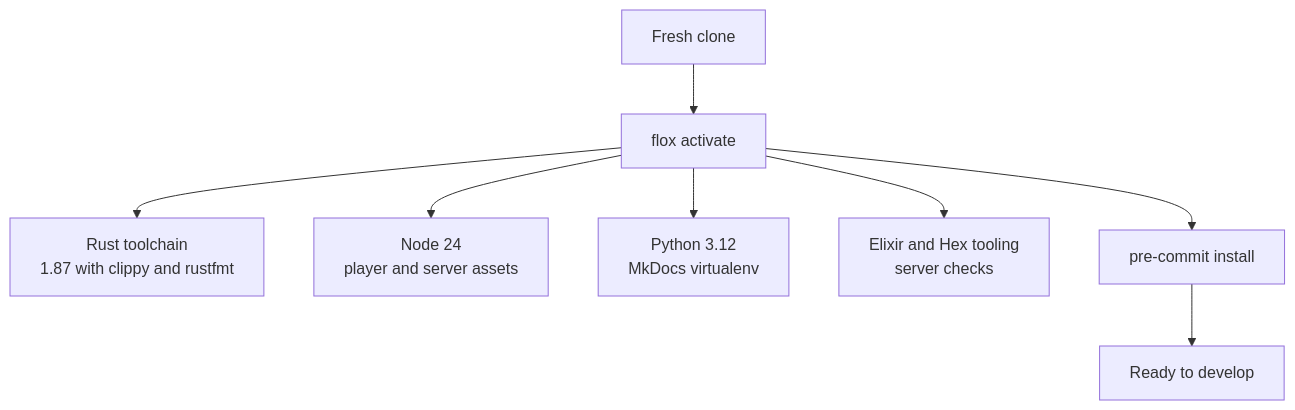
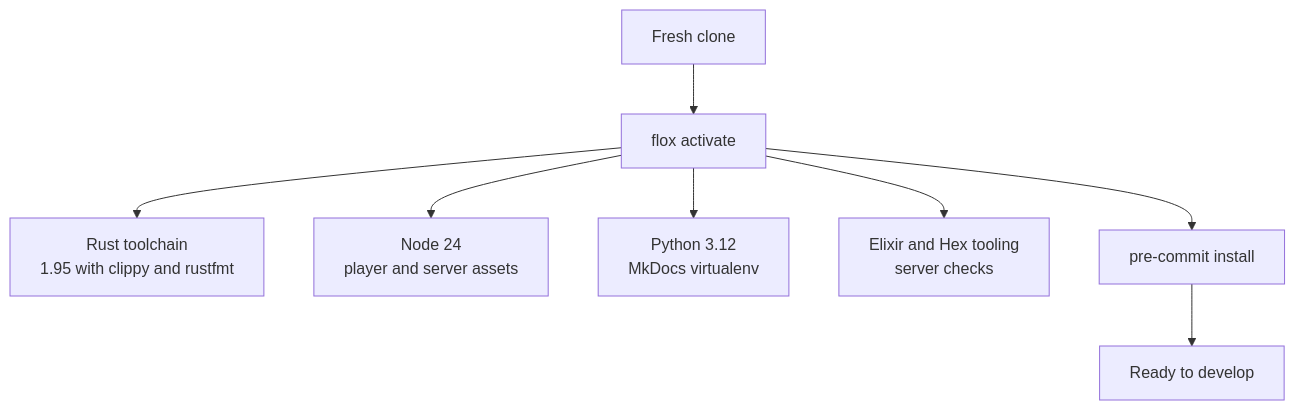
The first of 4 diagrams in docs/development.md (smeltery/popcorn), drawn with Mermaid before and after one commit. The commit also changed other lines of this file and 12 other files, not shown here.

````diff
--- a/docs/development.md
+++ b/docs/development.md
@@ -24,19 +24,19 @@
 ```mermaid
 flowchart TD
   Clone["Fresh clone"]
   Flox["flox activate"]
-  Rust["Rust toolchain\n1.87 with clippy and rustfmt"]
+  Rust["Rust toolchain\n1.95 with clippy and rustfmt"]
   Node["Node 24\nplayer and server assets"]
   Python["Python 3.12\nMkDocs virtualenv"]
   Elixir["Elixir and Hex tooling\nserver checks"]
   Hooks["pre-commit install"]
   Ready["Ready to develop"]
 
   Clone --> Flox
   Flox --> Rust
   Flox --> Node
   Flox --> Python
   Flox --> Elixir
   Flox --> Hooks
   Hooks --> Ready
 ```
````
